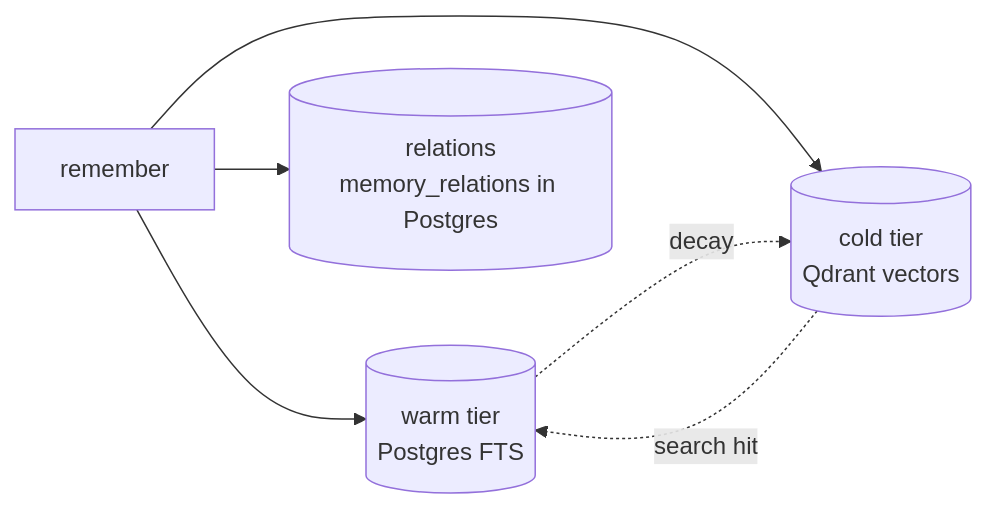
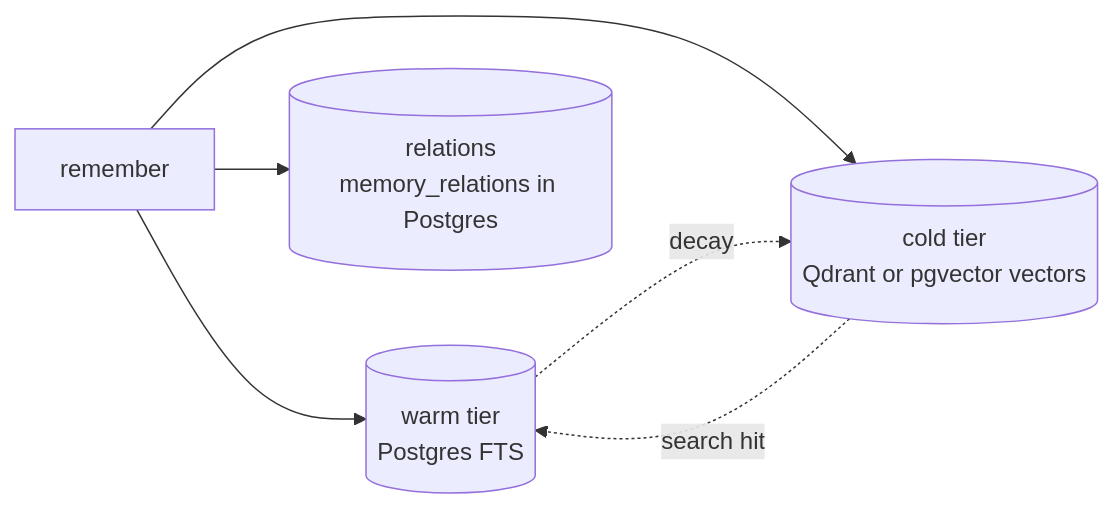
The diagram in packages/docs-site/architecture/tiers.md (azrtydxb/novamem), drawn with Mermaid before and after one commit. The commit also changed other lines of this file and 5 other files, not shown here.

````diff
--- a/packages/docs-site/architecture/tiers.md
+++ b/packages/docs-site/architecture/tiers.md
@@ -9,8 +9,8 @@
 ```mermaid
 flowchart LR
     R[remember] --> WARM[(warm tier<br/>Postgres FTS)]
-    R --> COLD[(cold tier<br/>Qdrant vectors)]
+    R --> COLD[(cold tier<br/>Qdrant or pgvector vectors)]
     R --> REL[(relations<br/>memory_relations in Postgres)]
     WARM -. decay .-> COLD
     COLD -. search hit .-> WARM
 ```
````
